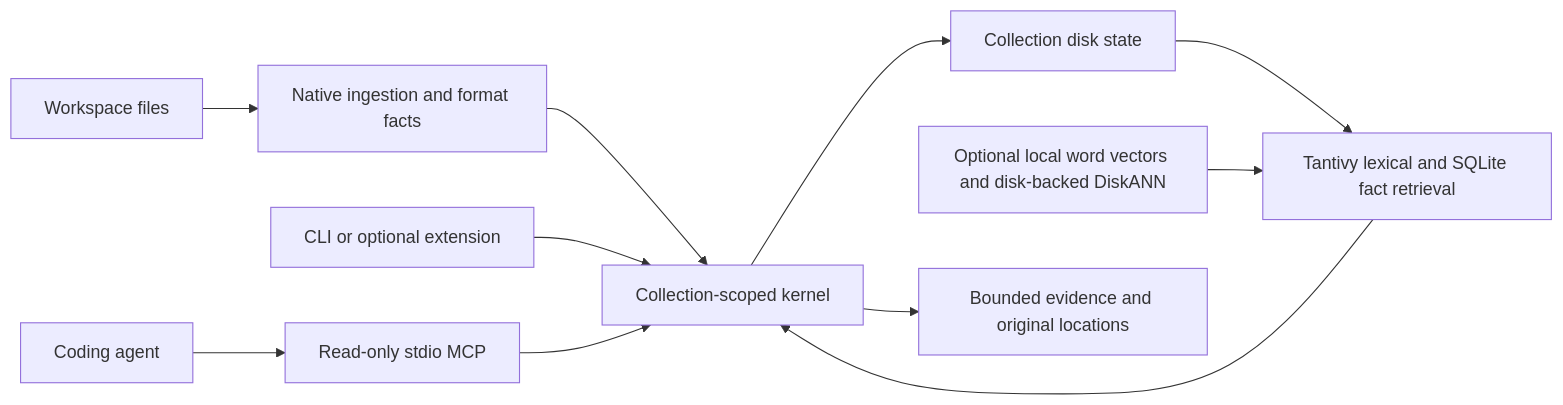
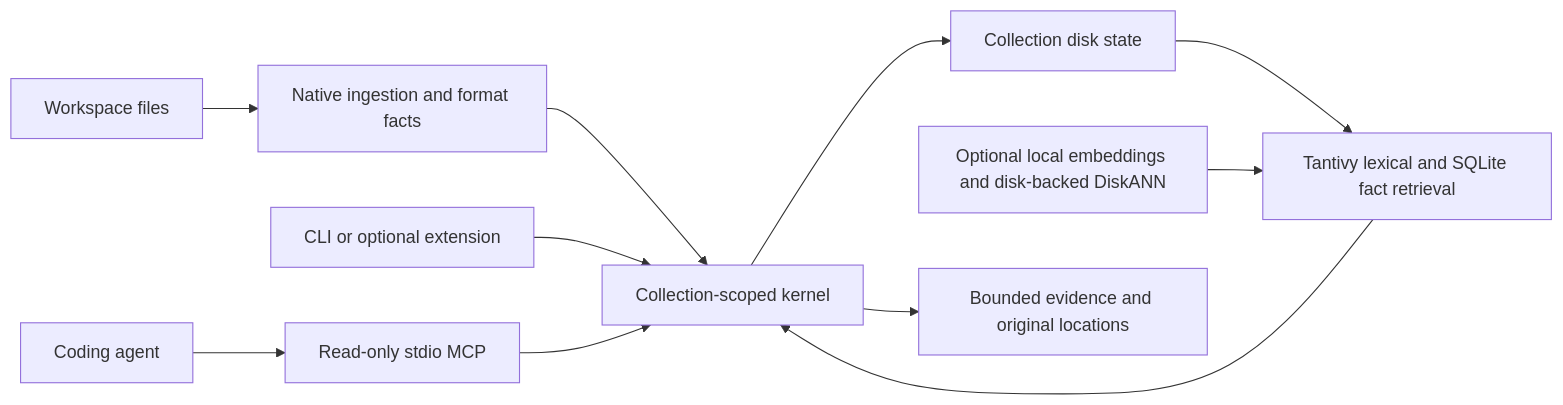
Before and after one commit to iokaio/airk: the diagram in docs/architecture.md, drawn with Mermaid. The commit also changed other lines of this file and 102 other files, not shown here.

```diff
--- a/docs/architecture.md
+++ b/docs/architecture.md
@@ -5,13 +5,13 @@
 ~~~mermaid
 flowchart LR
   W[Workspace files] --> I[Native ingestion and format facts]
   I --> K[Collection-scoped kernel]
   K --> S[Collection disk state]
   S --> R[Tantivy lexical and SQLite fact retrieval]
-  V[Optional local word vectors and disk-backed DiskANN] --> R
+  V[Optional local embeddings and disk-backed DiskANN] --> R
   C[CLI or optional extension] --> K
   A[Coding agent] --> M[Read-only stdio MCP]
   M --> K
   R --> K
   K --> E[Bounded evidence and original locations]
 ~~~
```
